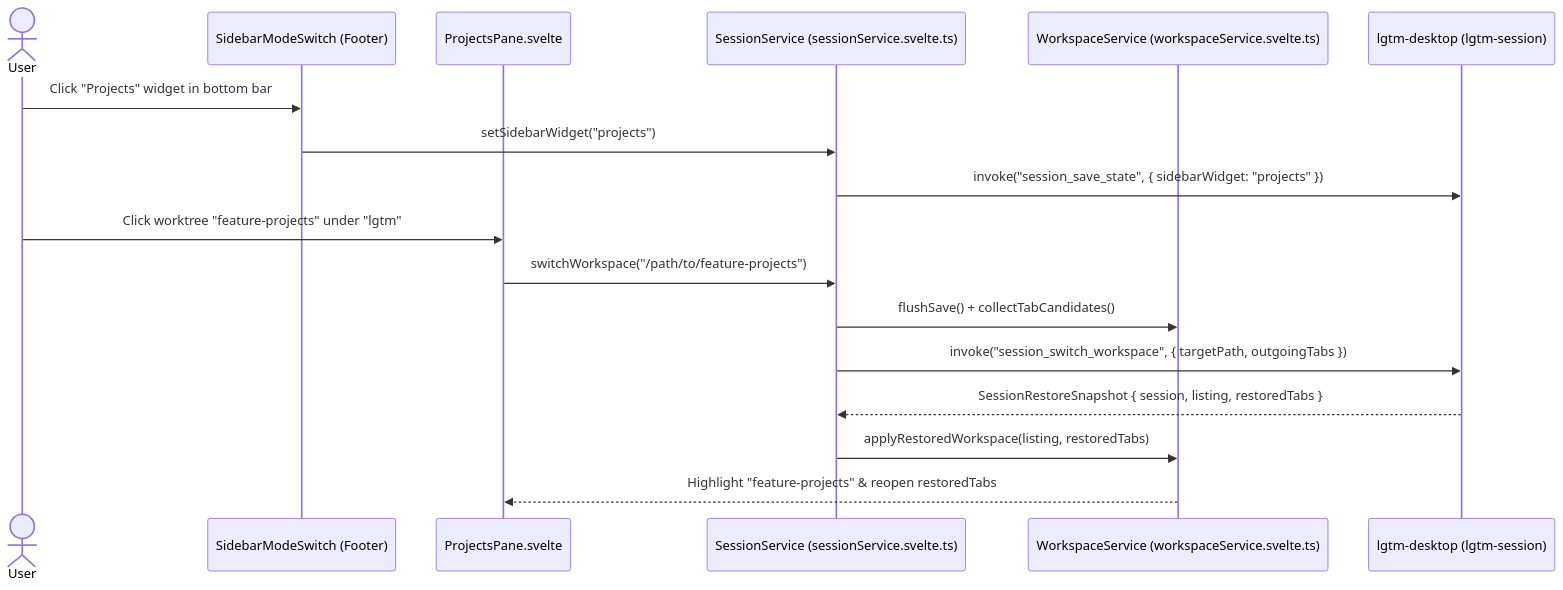
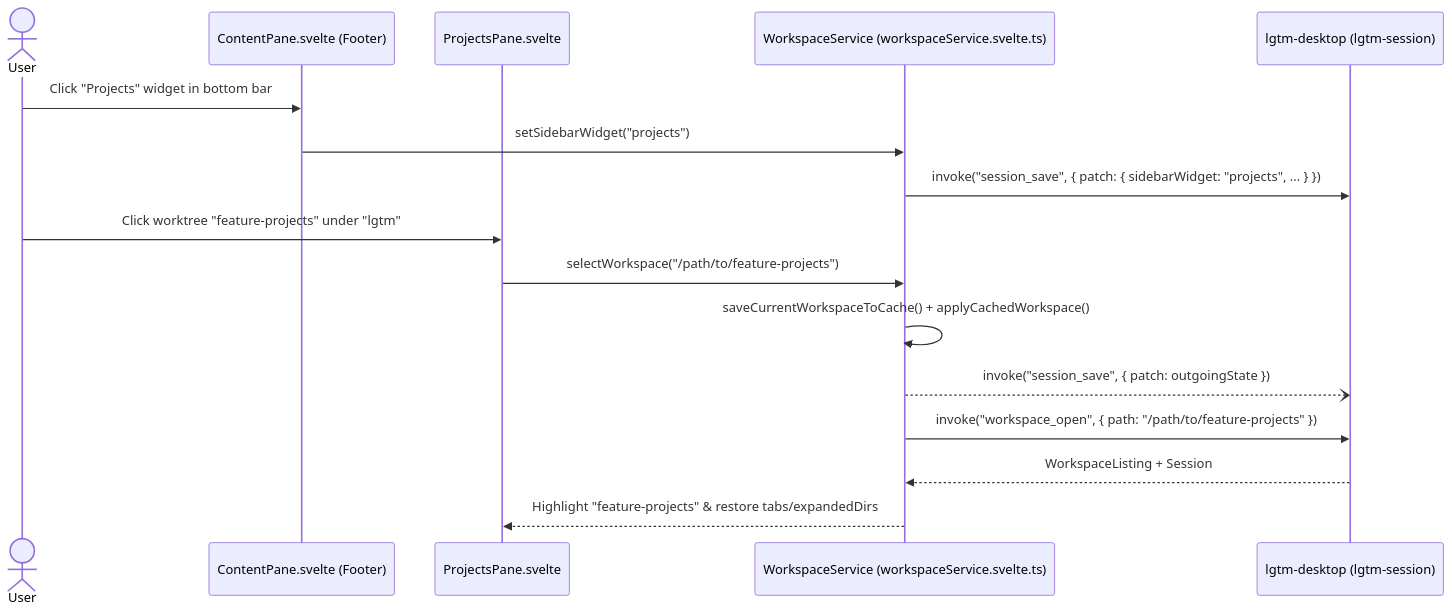
One commit to difflab-io/lgtm changed the second of 2 diagrams in docs/architecture/web/projects-pane.md. Above: the diagram before and after it, drawn with Mermaid. The commit also changed other lines of this file and 33 other files, not shown here.

````diff
--- a/docs/architecture/web/projects-pane.md
+++ b/docs/architecture/web/projects-pane.md
@@ -92,21 +92,20 @@
 ```mermaid
 sequenceDiagram
     actor User
-    participant Switch as SidebarModeSwitch (Footer)
+    participant Switch as ContentPane.svelte (Footer)
     participant Pane as ProjectsPane.svelte
-    participant SessSvc as SessionService (sessionService.svelte.ts)
     participant WsSvc as WorkspaceService (workspaceService.svelte.ts)
     participant Host as lgtm-desktop (lgtm-session)
 
     User->>Switch: Click "Projects" widget in bottom bar
-    Switch->>SessSvc: setSidebarWidget("projects")
-    SessSvc->>Host: invoke("session_save_state", { sidebarWidget: "projects" })
+    Switch->>WsSvc: setSidebarWidget("projects")
+    WsSvc->>Host: invoke("session_save", { patch: { sidebarWidget: "projects", ... } })
 
     User->>Pane: Click worktree "feature-projects" under "lgtm"
-    Pane->>SessSvc: switchWorkspace("/path/to/feature-projects")
-    SessSvc->>WsSvc: flushSave() + collectTabCandidates()
-    SessSvc->>Host: invoke("session_switch_workspace", { targetPath, outgoingTabs })
-    Host-->>SessSvc: SessionRestoreSnapshot { session, listing, restoredTabs }
-    SessSvc->>WsSvc: applyRestoredWorkspace(listing, restoredTabs)
-    WsSvc-->>Pane: Highlight "feature-projects" & reopen restoredTabs
+    Pane->>WsSvc: selectWorkspace("/path/to/feature-projects")
+    WsSvc->>WsSvc: saveCurrentWorkspaceToCache() + applyCachedWorkspace()
+    WsSvc--)Host: invoke("session_save", { patch: outgoingState })
+    WsSvc->>Host: invoke("workspace_open", { path: "/path/to/feature-projects" })
+    Host-->>WsSvc: WorkspaceListing + Session
+    WsSvc-->>Pane: Highlight "feature-projects" & restore tabs/expandedDirs
 ```
````
